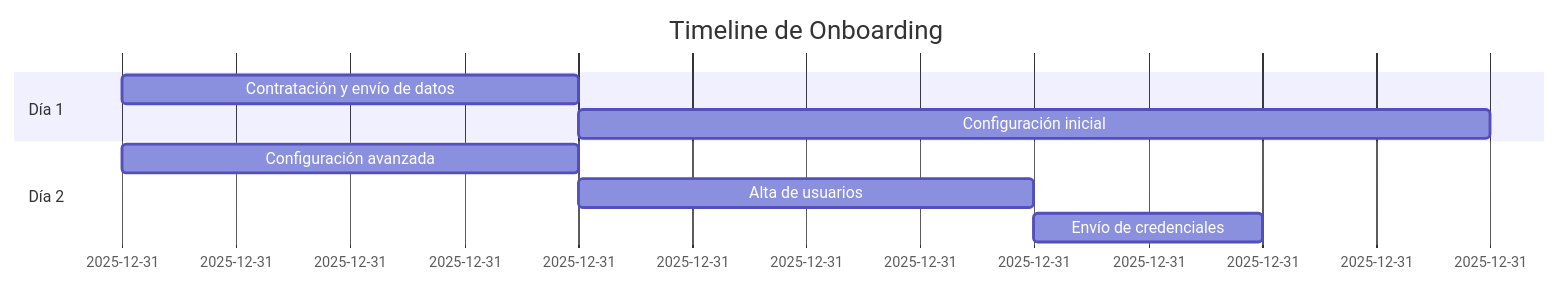
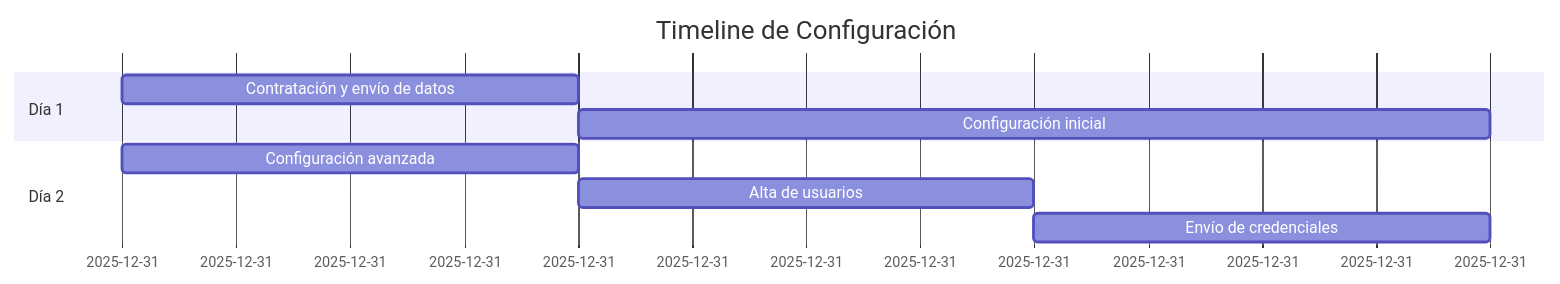
One commit to AhoraFicho/ahoraficho-doc changed the diagram in primeros-pasos/registro-y-onboarding.md. Above: the diagram before and after it, drawn with Mermaid. The commit also changed other lines of this file and 16 other files, not shown here.

````diff
--- a/primeros-pasos/registro-y-onboarding.md
+++ b/primeros-pasos/registro-y-onboarding.md
@@ -113,12 +113,12 @@
 ```mermaid
 gantt
-    title Timeline de Onboarding
+    title Timeline de Configuración
     dateFormat  HH:mm
     section Día 1
     Contratación y envío de datos      :a1, 00:00, 2h
     Configuración inicial              :a2, after a1, 4h
     section Día 2
     Configuración avanzada             :a3, 00:00, 2h
     Alta de usuarios                   :a4, after a3, 2h
-    Envío de credenciales              :a5, after a4, 1h
+    Envío de credenciales              :a5, after a4, 2h
 ```
````
